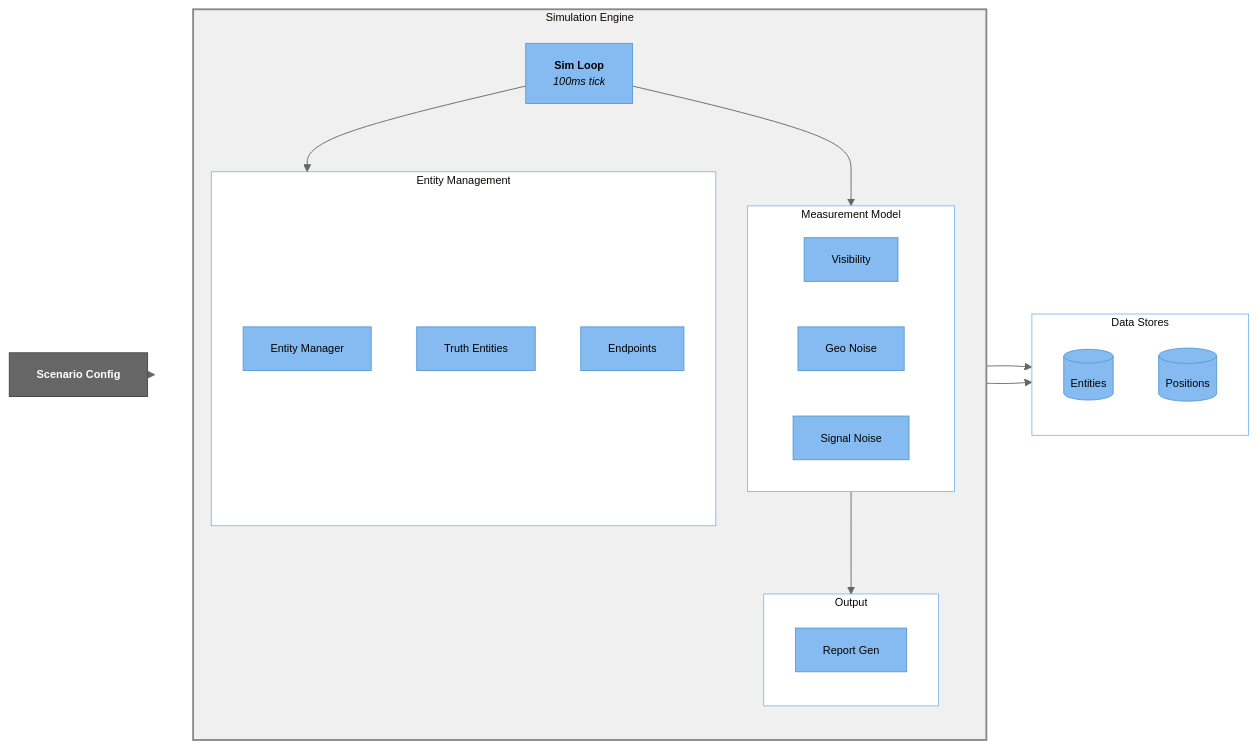
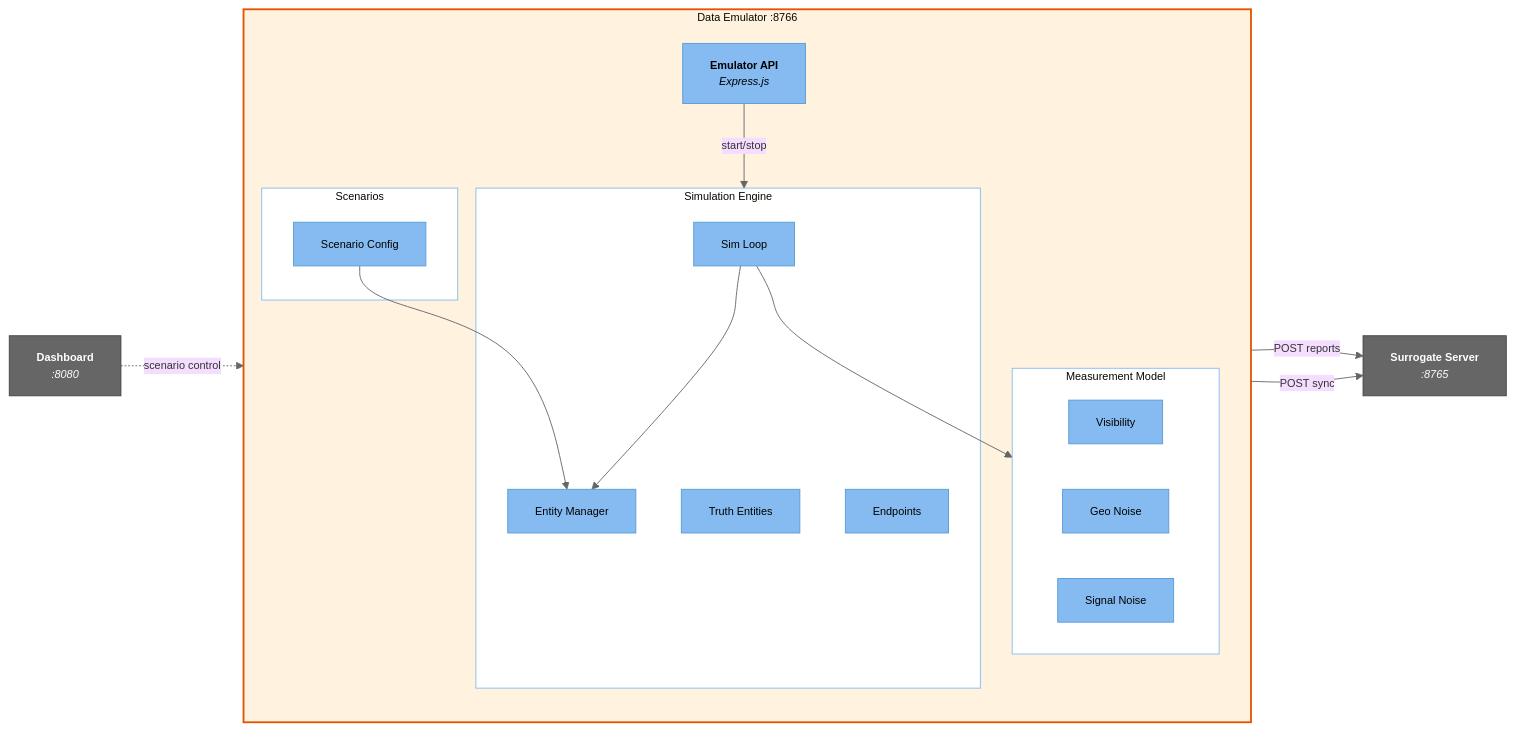
One commit to ericpauls/disco_workspace changed the fifth of 6 diagrams in docs/c4-architecture-diagram.md. Above: the diagram before and after it, drawn with Mermaid. The commit also changed other lines of this file and 14 other files, not shown here.

First line of the commit message:
feat: Add scenario selection to dashboard and idle-start emulator

````diff
--- a/docs/c4-architecture-diagram.md
+++ b/docs/c4-architecture-diagram.md
@@ -199,51 +199,47 @@
 ```mermaid
 %%{init: {'theme': 'base', 'themeVariables': { 'lineColor': '#666', 'fontSize': '12px'}}}%%
 flowchart LR
-    subgraph sim["Simulation Engine"]
+    subgraph emu["Data Emulator :8766"]
         direction TB
-        loop["<b>Sim Loop</b><br/><i>100ms tick</i>"]
+        emu_api["<b>Emulator API</b><br/><i>Express.js</i>"]
 
-        subgraph entities["Entity Management"]
+        subgraph sim["Simulation Engine"]
+            loop["Sim Loop"]
             mgr["Entity Manager"]
             truth["Truth Entities"]
             endpoints["Endpoints"]
         end
 
         subgraph measurement["Measurement Model"]
             visibility["Visibility"]
             geo_noise["Geo Noise"]
             sig_noise["Signal Noise"]
         end
 
-        subgraph output["Output"]
-            reporter["Report Gen"]
+        subgraph scenarios_box["Scenarios"]
+            scenario_cfg["Scenario Config"]
         end
 
-        loop --> entities
+        emu_api -->|start/stop| sim
+        loop --> mgr
         loop --> measurement
-        measurement --> output
+        scenario_cfg --> mgr
     end
 
-    subgraph stores["Data Stores"]
-        e_db[("Entities")]
-        p_db[("Positions")]
-    end
+    server["<b>Surrogate Server</b><br/><i>:8765</i>"]
+    dashboard["<b>Dashboard</b><br/><i>:8080</i>"]
 
-    scenario["<b>Scenario Config</b>"]
-
-    scenario --> entities
-    reporter --> stores
-    endpoints --> stores
+    endpoints -->|POST reports| server
+    truth -->|POST sync| server
+    dashboard -.->|scenario control| emu_api
 
     classDef comp fill:#85BBF0,stroke:#5A9BD5,color:#000
-    classDef sbox fill:#F0F0F0,stroke:#888,stroke-width:2px
+    classDef sbox fill:#FFF3E0,stroke:#E65100,stroke-width:2px
     classDef ext fill:#666,stroke:#444,color:#fff
     classDef inner fill:#fff,stroke:#85BBF0,stroke-width:1px
-    classDef db fill:#85BBF0,stroke:#5A9BD5,color:#000
 
-    class loop,mgr,truth,endpoints,visibility,geo_noise,sig_noise,reporter comp
-    class e_db,p_db db
-    class sim sbox
-    class scenario ext
-    class entities,measurement,output,stores inner
+    class emu_api,loop,mgr,truth,endpoints,visibility,geo_noise,sig_noise,scenario_cfg comp
+    class emu sbox
+    class server,dashboard ext
+    class sim,measurement,scenarios_box inner
 ```
````
